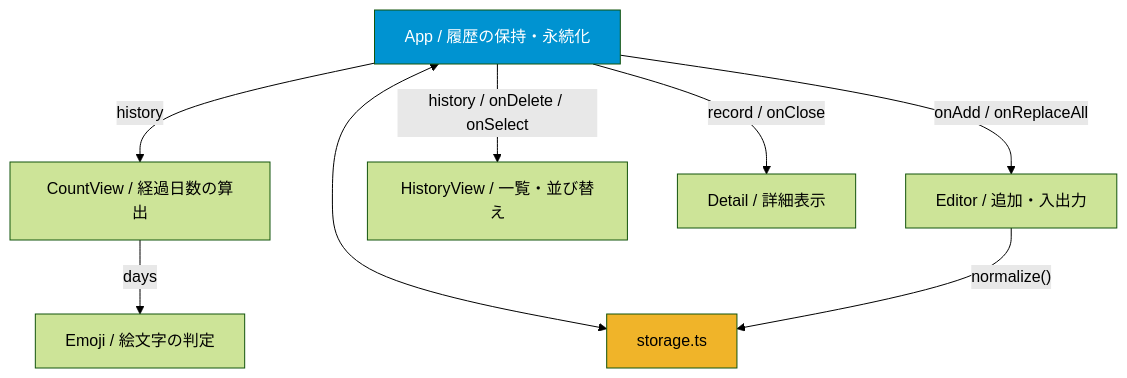
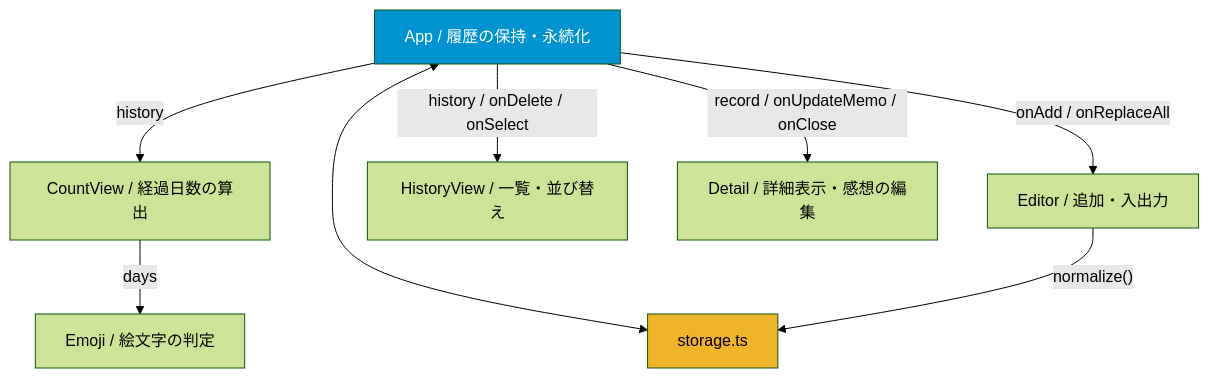
Before and after one commit to S-e-I-y-A/my-ramen-history-next: the third of 8 diagrams in docs/ラーメン履歴-詳細設計書.md, drawn with Mermaid (forest theme). The commit also changed other lines of this file and 8 other files, not shown here.

````diff
--- a/docs/ラーメン履歴-詳細設計書.md
+++ b/docs/ラーメン履歴-詳細設計書.md
@@ -144,21 +147,21 @@
 ```mermaid
 flowchart TB
     App["App / 履歴の保持・永続化"]
     CountView["CountView / 経過日数の算出"]
     Emoji["Emoji / 絵文字の判定"]
     Editor["Editor / 追加・入出力"]
     HistoryView["HistoryView / 一覧・並び替え"]
-    Detail["Detail / 詳細表示"]
+    Detail["Detail / 詳細表示・感想の編集"]
     storage["storage.ts"]
 
     App -->|"history"| CountView
     CountView -->|"days"| Emoji
     App -->|"onAdd / onReplaceAll"| Editor
     App -->|"history / onDelete / onSelect"| HistoryView
-    App -->|"record / onClose"| Detail
+    App -->|"record / onUpdateMemo / onClose"| Detail
     App <--> storage
     Editor -->|"normalize()"| storage
 
     style App fill:#0093d1,color:#fff
     style storage fill:#f0b429,color:#000
 ```
````
